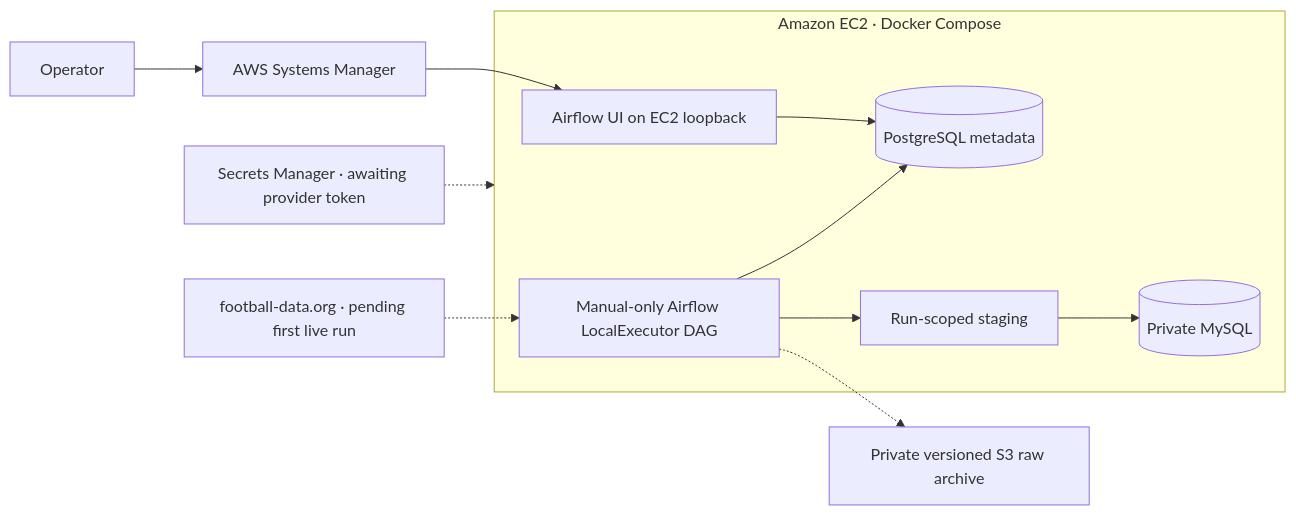
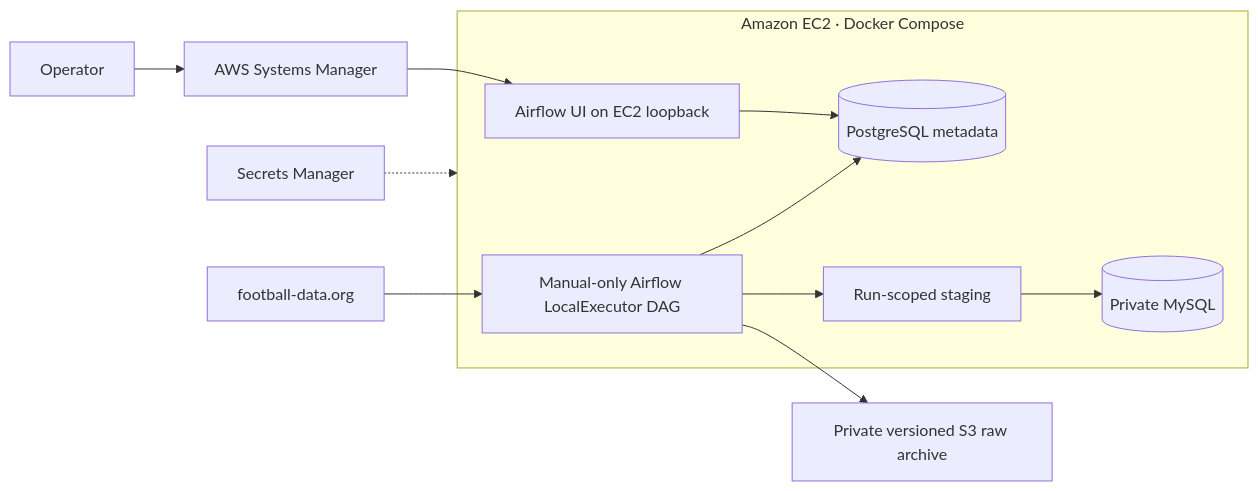
Before and after one commit to Mohamed254-pixel/soccer-data-pipeline: the diagram in docs/portfolio/phase3/README.md, drawn with Mermaid. The commit also changed other lines of this file and 7 other files, not shown here.

````diff
--- a/docs/portfolio/phase3/README.md
+++ b/docs/portfolio/phase3/README.md
@@ -6,14 +7,14 @@
 ```mermaid
 flowchart LR
     Operator[Operator] --> SSM[AWS Systems Manager]
     SSM --> UI[Airflow UI on EC2 loopback]
     subgraph EC2[Amazon EC2 · Docker Compose]
         UI --> PG[(PostgreSQL metadata)]
         DAG[Manual-only Airflow LocalExecutor DAG] --> PG
         DAG --> Stage[Run-scoped staging]
         Stage --> DB[(Private MySQL)]
     end
-    Provider[football-data.org · pending first live run] -.-> DAG
-    DAG -.-> S3[Private versioned S3 raw archive]
-    SM[Secrets Manager · awaiting provider token] -.-> EC2
+    Provider[football-data.org] --> DAG
+    DAG --> S3[Private versioned S3 raw archive]
+    SM[Secrets Manager] -.-> EC2
 ```
````
